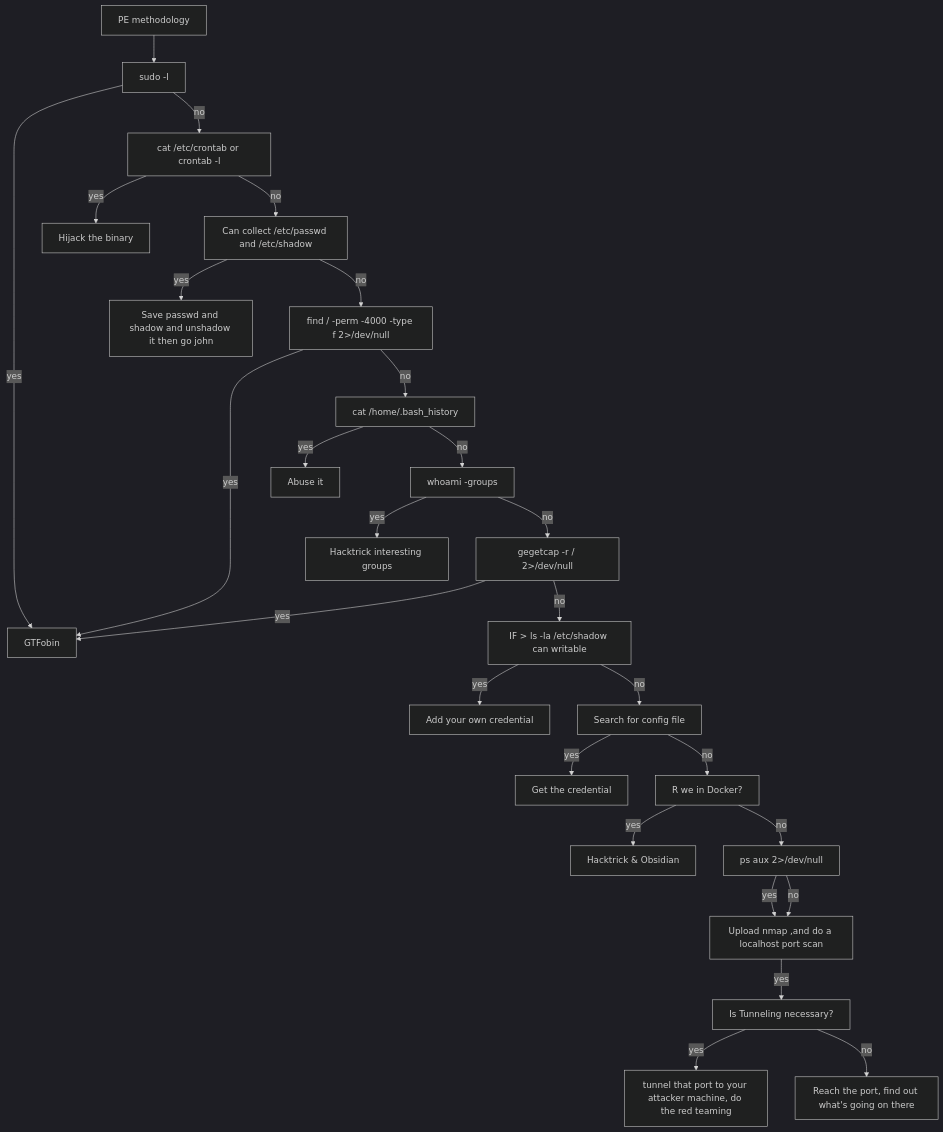
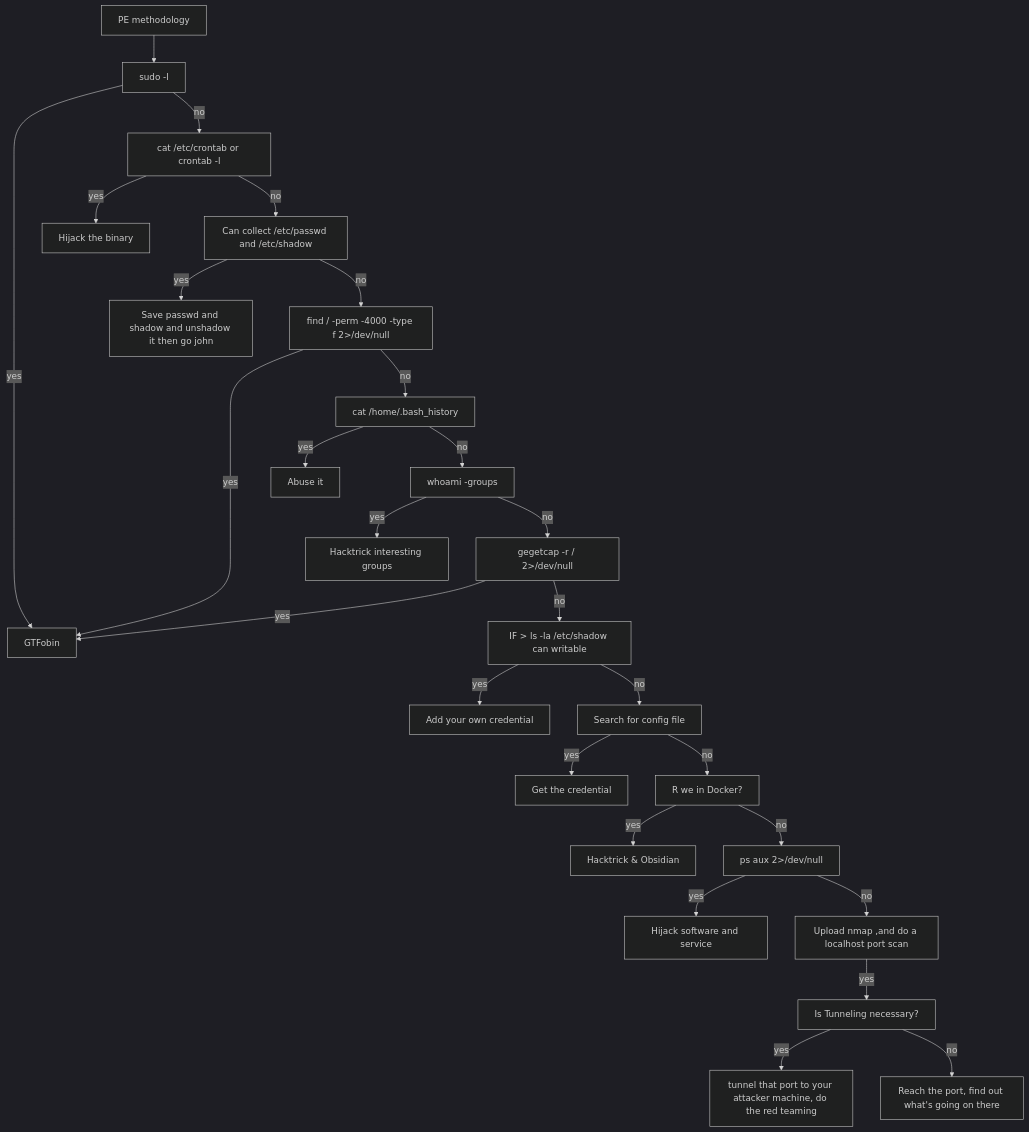
The diagram in OSCPJourney/README.md (icesuntisuk/icesuntisuk.github.io), drawn with Mermaid (dark theme) before and after one commit. The commit also changed other lines of this file, not shown here.

````diff
--- a/OSCPJourney/README.md
+++ b/OSCPJourney/README.md
@@ -72,32 +72,32 @@
 ```mermaid
 flowchart TD;
     A[PE methodology] --> B[sudo -l];
     B -- yes --> C[GTFobin]
     B -- no --> D[cat /etc/crontab or crontab -l]
     D -- yes --> E[Hijack the binary]
     D -- no --> F[Can collect /etc/passwd and /etc/shadow]
     F -- yes --> G[Save passwd and shadow and unshadow it then go john]
     F -- no --> H[find / -perm -4000 -type f 2>/dev/null]
     H -- yes --> C[GTFobin]
     H -- no --> I[cat /home/.bash_history]
     I -- yes --> J[Abuse it]
     I -- no --> K[whoami -groups]
     K -- yes --> L[Hacktrick interesting groups]
     K -- no --> N[gegetcap -r / 2>/dev/null]
     N -- yes --> C[GTFobin]
     N -- no --> M[IF > ls -la /etc/shadow can writable]
     M -- yes --> O[Add your own credential]
     M -- no --> P[Search for config file]
     P -- yes --> Q[Get the credential]
     P -- no --> R[R we in Docker?]
     R -- yes --> S[Hacktrick & Obsidian]
     R -- no --> T[ps aux 2>/dev/null]
     T -- yes --> U[Hijack software and service]
-    T -- no --> U[Upload nmap ,and do a localhost port scan]
-    U -- yes --> V[Is Tunneling necessary?]
-    V -- yes --> W[tunnel that port to your attacker machine, do the red teaming]
-    V -- no --> X[Reach the port, find out what's going on there]
+    T -- no --> V[Upload nmap ,and do a localhost port scan]
+    V -- yes --> W[Is Tunneling necessary?]
+    W -- yes --> X[tunnel that port to your attacker machine, do the red teaming]
+    W -- no --> Y[Reach the port, find out what's going on there]
     
 
 
 ```
````
